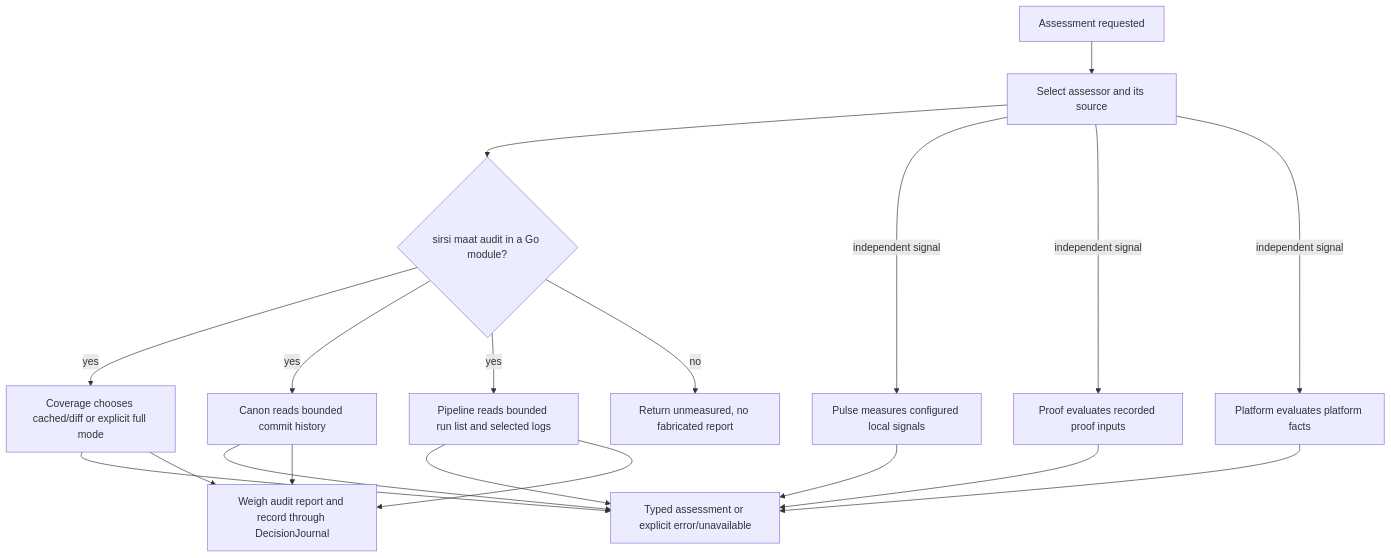
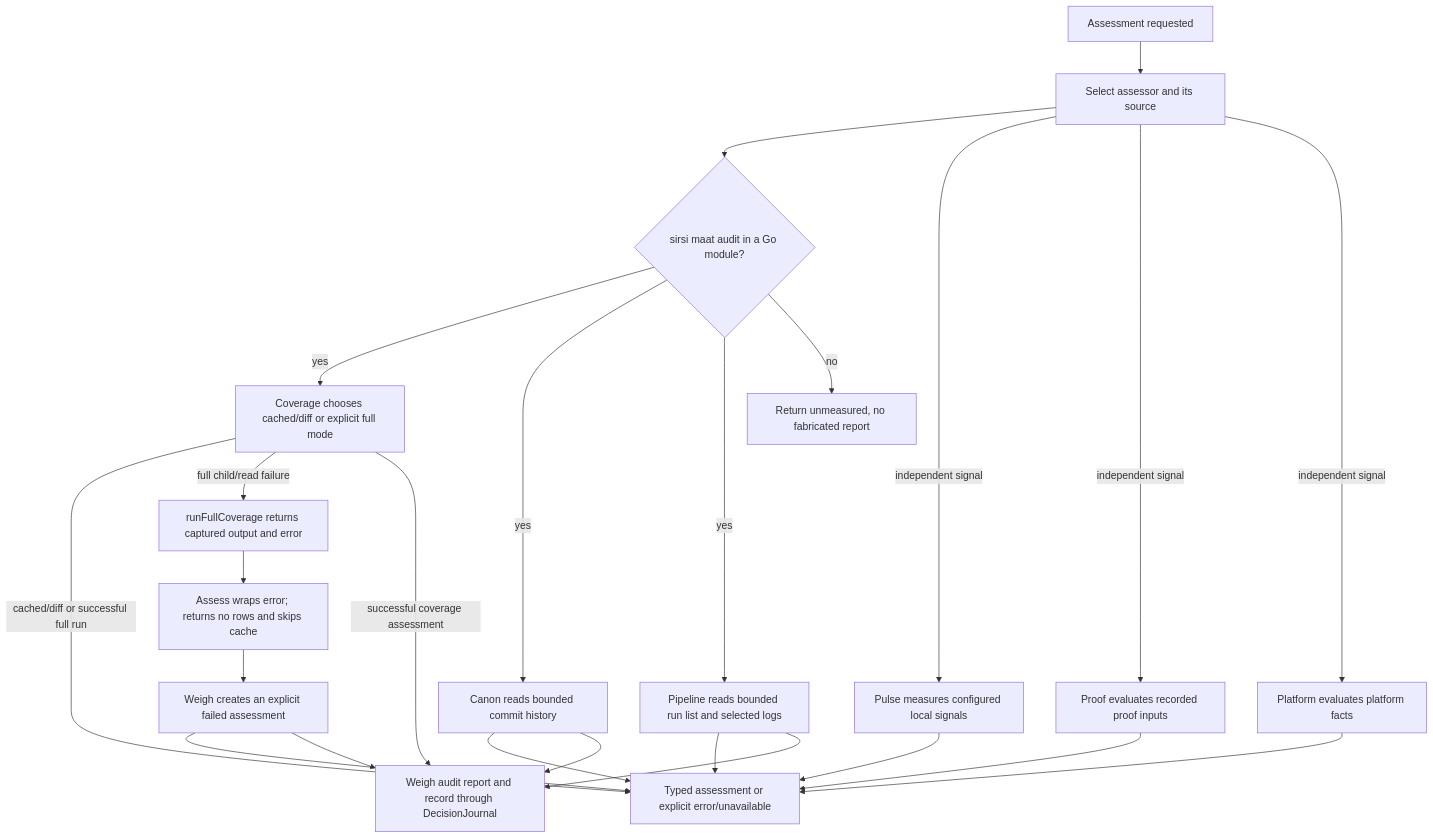
Before and after one commit to SirsiMaster/sirsi-pantheon: the first of 44 diagrams in docs/stacklab/pantheon-pt/canon/DIAGRAMS_MAAT_GOVERNANCE.md, drawn with Mermaid. The commit also changed other lines of this file and 61 other files, not shown here.

````diff
--- a/docs/stacklab/pantheon-pt/canon/DIAGRAMS_MAAT_GOVERNANCE.md
+++ b/docs/stacklab/pantheon-pt/canon/DIAGRAMS_MAAT_GOVERNANCE.md
@@ -30,22 +37,27 @@
 ```mermaid
 flowchart TD
   RUN[Assessment requested] --> SELECT[Select assessor and its source]
   SELECT --> AUDIT{sirsi maat audit in a Go module?}
   AUDIT -->|yes| COV[Coverage chooses cached/diff or explicit full mode]
   AUDIT -->|yes| CANON[Canon reads bounded commit history]
   AUDIT -->|yes| PIPE[Pipeline reads bounded run list and selected logs]
   AUDIT -->|no| UNMEASURED[Return unmeasured, no fabricated report]
   SELECT -->|independent signal| PULSE[Pulse measures configured local signals]
   SELECT -->|independent signal| PROOF[Proof evaluates recorded proof inputs]
   SELECT -->|independent signal| PLATFORM[Platform evaluates platform facts]
   CANON --> RESULT[Typed assessment or explicit error/unavailable]
   PIPE --> RESULT
-  COV --> RESULT
+  COV -->|cached/diff or successful full run| RESULT
+  COV -->|full child/read failure| COVERR[runFullCoverage returns captured output and error]
+  COVERR --> ASSESSERR[Assess wraps error; returns no rows and skips cache]
+  ASSESSERR --> WEIGHFAIL[Weigh creates an explicit failed assessment]
+  WEIGHFAIL --> RESULT
   PULSE --> RESULT
   PROOF --> RESULT
   PLATFORM --> RESULT
   REPORT[Weigh audit report and record through DecisionJournal]
-  COV --> REPORT
+  COV -->|successful coverage assessment| REPORT
+  WEIGHFAIL --> REPORT
   CANON --> REPORT
   PIPE --> REPORT
 ```
````
